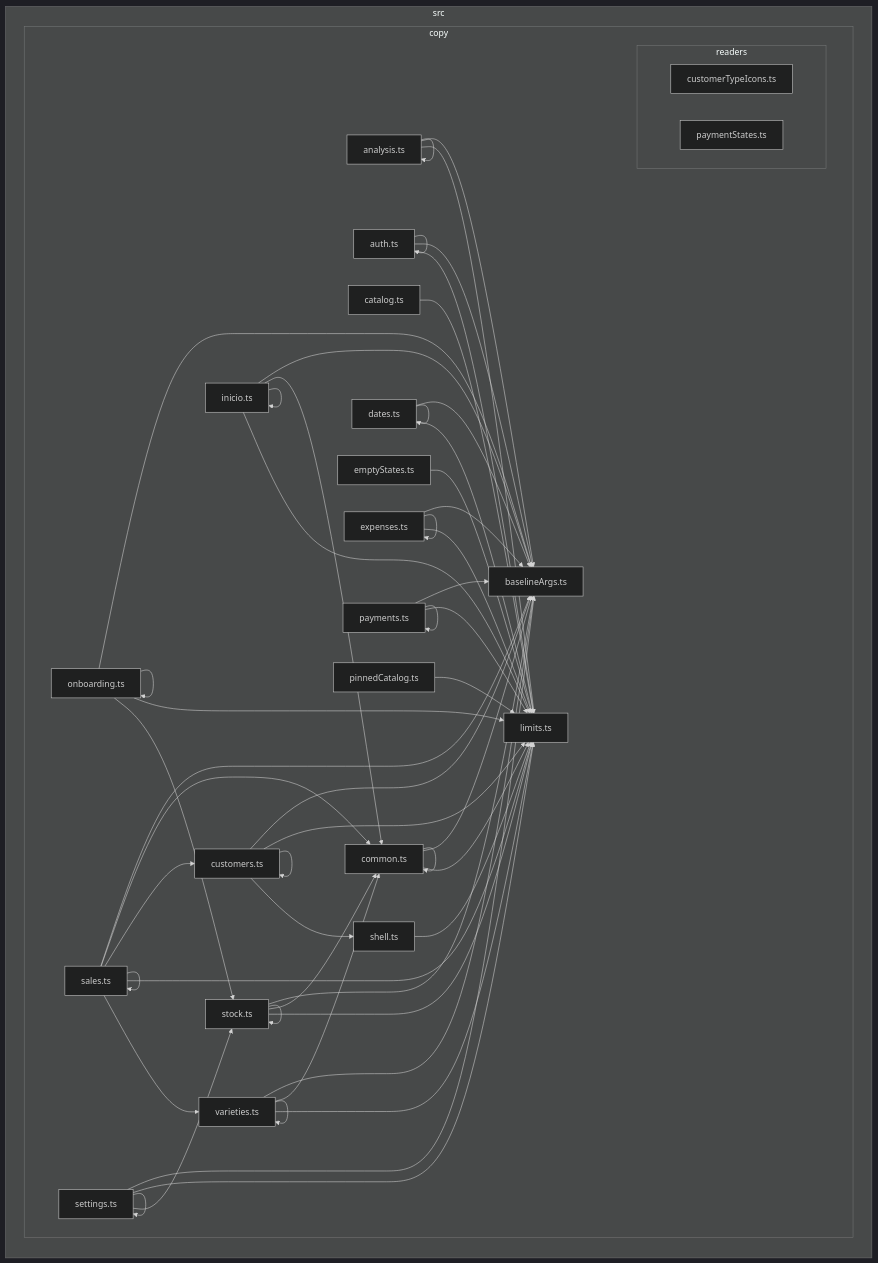
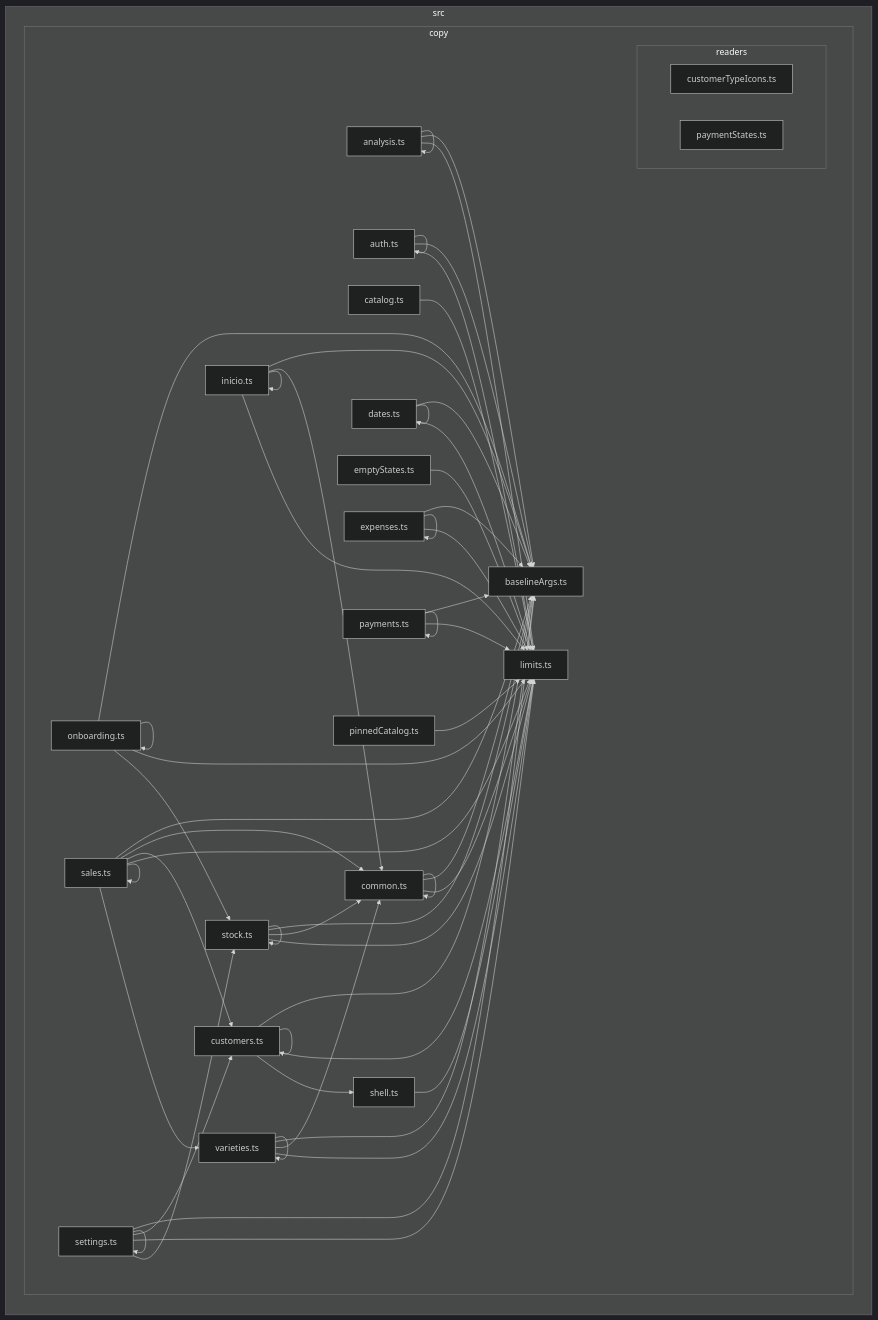
Before and after one commit to GonzaloZevallos/apostrophe: the diagram in docs/architecture/generated/front-modules/copy.md, drawn with Mermaid (dark theme). The commit also changed 4 other files, not shown here.

Commit message:
Detection: regenerate the architecture reference for the phone modules

```diff
--- a/docs/architecture/generated/front-modules/copy.md
+++ b/docs/architecture/generated/front-modules/copy.md
@@ -73,6 +73,7 @@
 src_copy_sales_ts-->src_copy_sales_ts
 src_copy_sales_ts-->src_copy_varieties_ts
 src_copy_settings_ts-->src_copy_baselineArgs_ts
+src_copy_settings_ts-->src_copy_customers_ts
 src_copy_settings_ts-->src_copy_limits_ts
 src_copy_settings_ts-->src_copy_settings_ts
 src_copy_settings_ts-->src_copy_stock_ts
```
